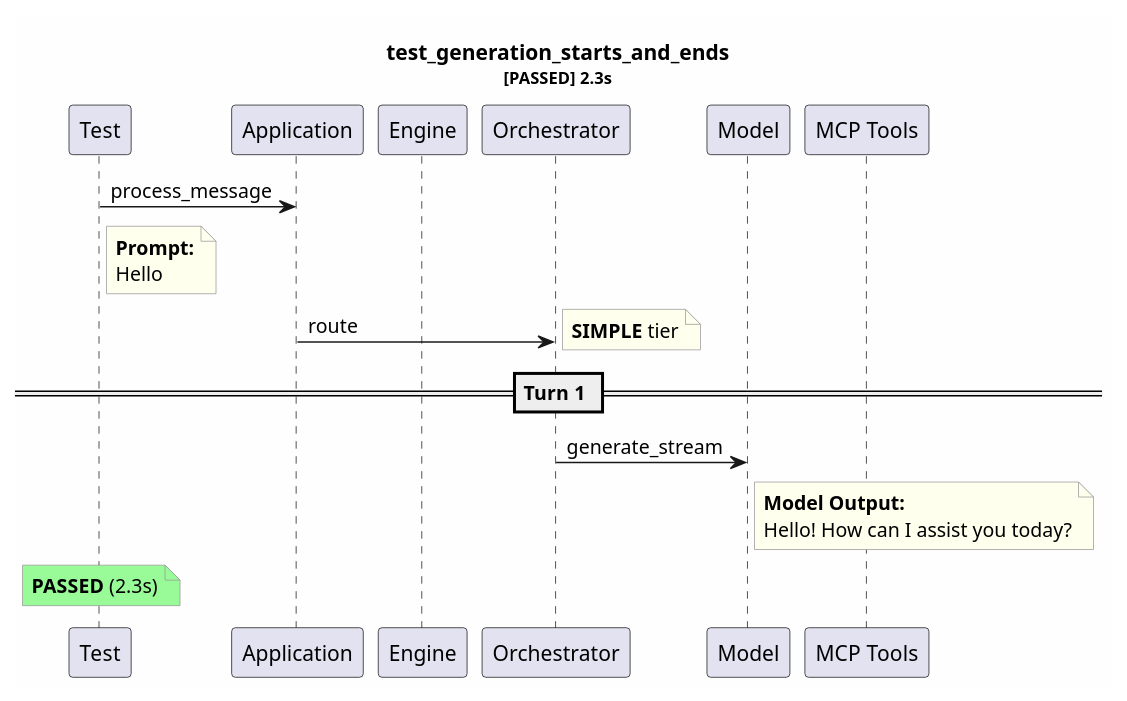
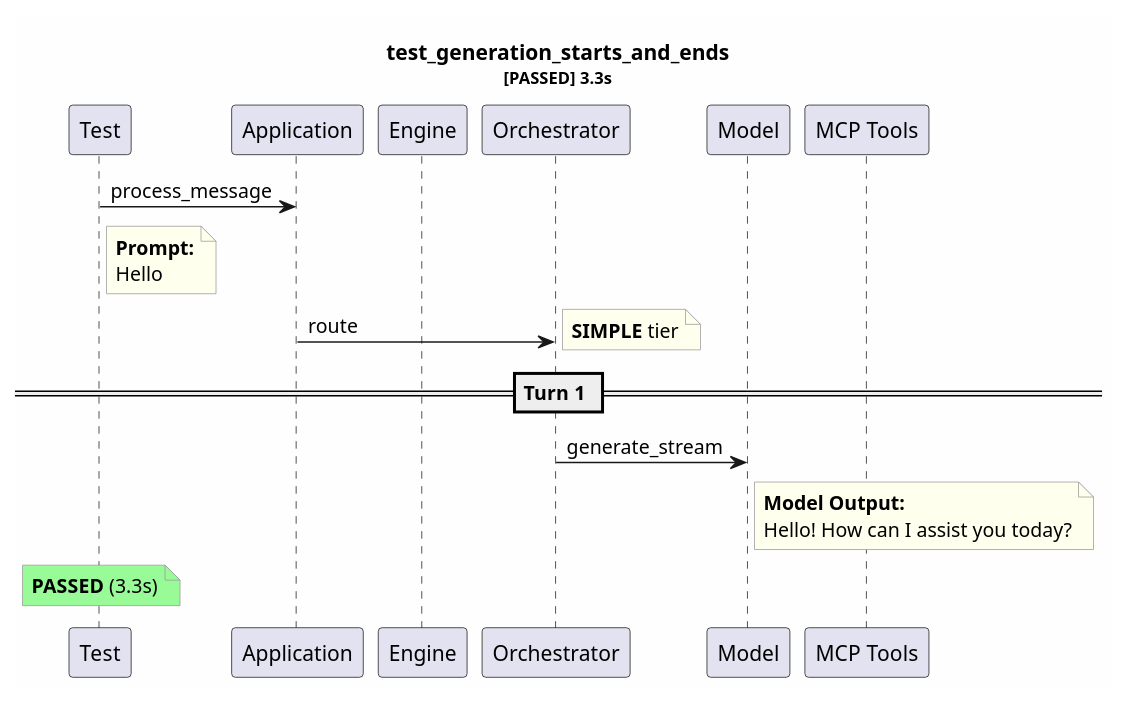
Before and after one commit to tvanfossen/entropic: the diagram in test-reports/test_generation_starts_and_ends.puml, drawn with PlantUML. The commit also changed 49 other files, not shown here.

```diff
--- a/test-reports/test_generation_starts_and_ends.puml
+++ b/test-reports/test_generation_starts_and_ends.puml
@@ -1,31 +1,31 @@
 @startuml
 skinparam backgroundColor #FEFEFE
 skinparam noteBorderColor #999999
 skinparam noteBackgroundColor #FFFFEE
-title test_generation_starts_and_ends\n<size:11>[PASSED] 2.3s</size>
+title test_generation_starts_and_ends\n<size:11>[PASSED] 3.3s</size>
 
 participant "Test" as T
 participant "Application" as App
 participant "Engine" as Eng
 participant "Orchestrator" as Orch
 participant "Model" as Mdl
 participant "MCP Tools" as MCP
 
 T -> App: process_message
 note right of T
   **Prompt:**
   Hello
 end note
 App -> Orch: route
 note right: **SIMPLE** tier
 == Turn 1 ==
 Orch -> Mdl: generate_stream
 note right of Mdl
   **Model Output:**
   Hello! How can I assist you today?
 end note
 note over T #palegreen
-  **PASSED** (2.3s)
+  **PASSED** (3.3s)
 end note
 
 @enduml
```
